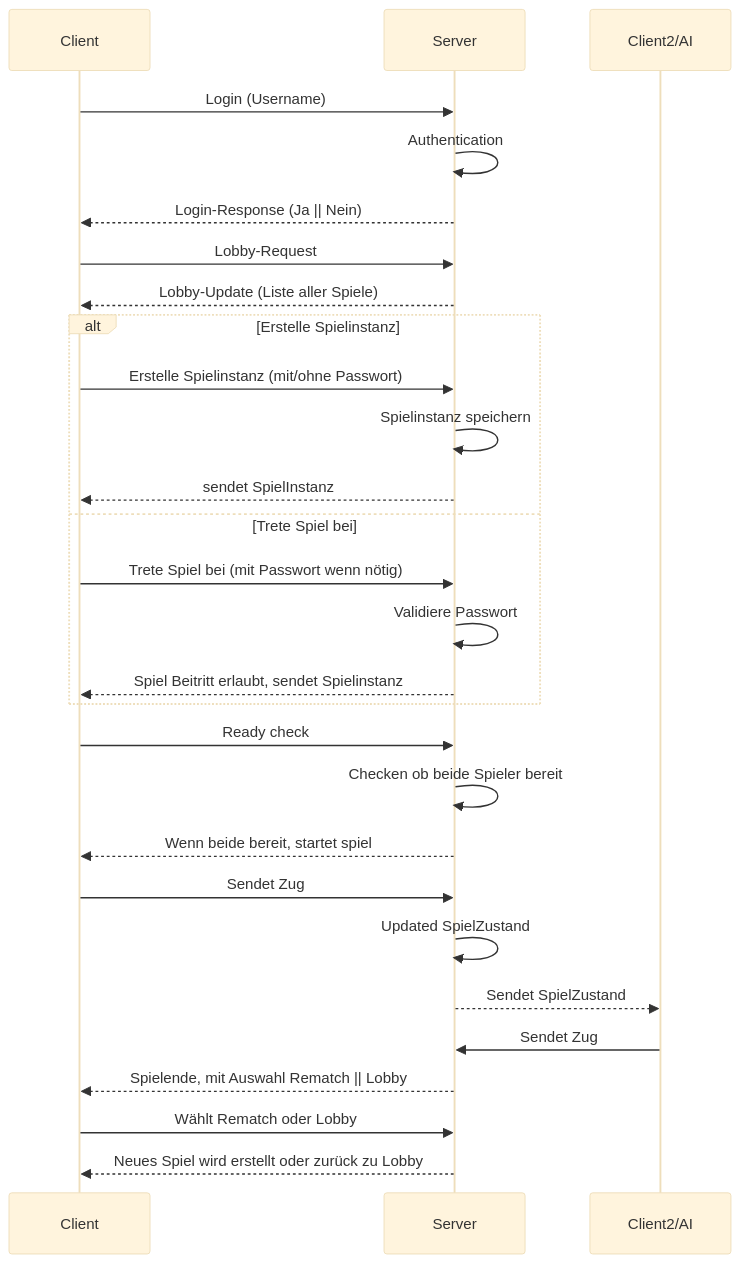
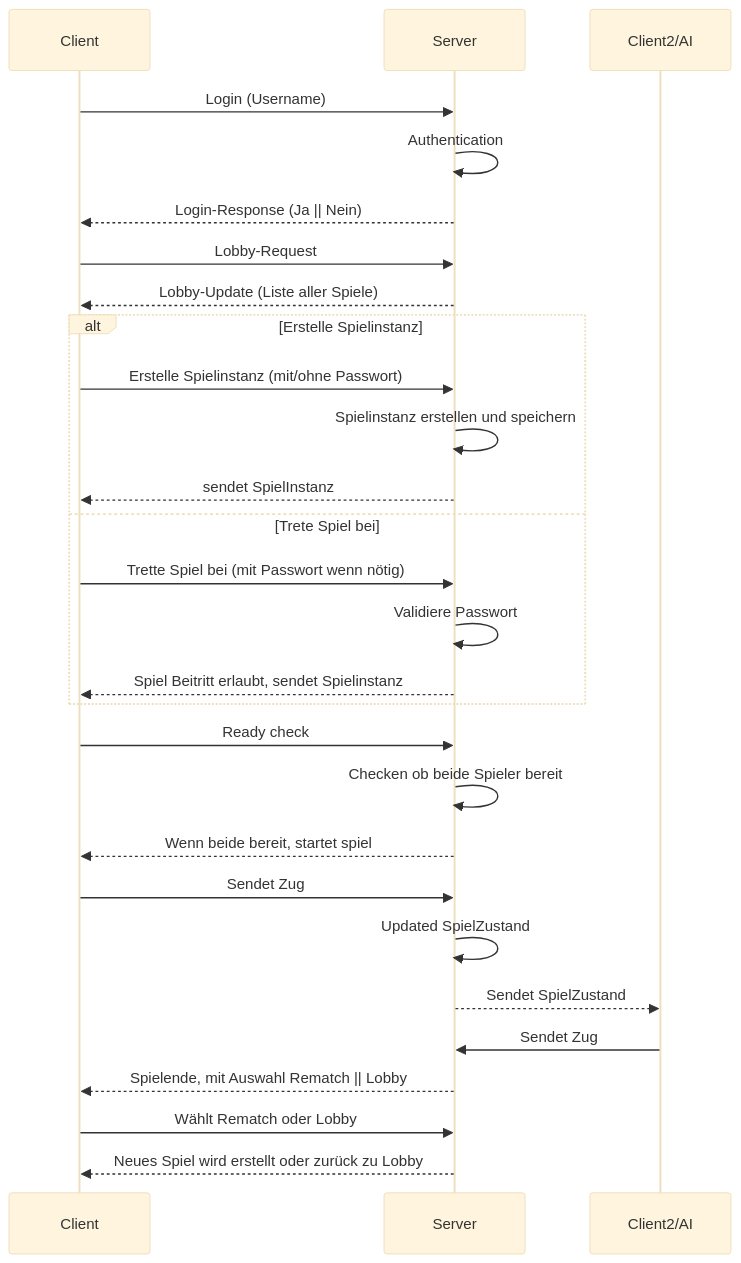
One commit to zabooz/BattleShips changed the diagram in docs/clientServerInteraction.md. Above: the diagram before and after it, drawn with Mermaid (base theme).

Commit message:
spelling

````diff
--- a/docs/clientServerInteraction.md
+++ b/docs/clientServerInteraction.md
@@ -2,33 +2,33 @@
 ```mermaid
 sequenceDiagram
     Client->>Server: Login (Username)
     Server->>Server: Authentication
     Server -->>Client: Login-Response (Ja || Nein)
 
     Client->>Server: Lobby-Request
     Server-->>Client: Lobby-Update (Liste aller Spiele)
 
     alt Erstelle Spielinstanz
         Client->>Server: Erstelle Spielinstanz (mit/ohne Passwort)
-        Server->>Server: Spielinstanz speichern
+        Server->>Server: Spielinstanz erstellen und speichern
         Server-->>Client: sendet SpielInstanz
     else Trete Spiel bei
-        Client->>Server: Trete Spiel bei (mit Passwort wenn nötig)
+        Client->>Server: Trette Spiel bei (mit Passwort wenn nötig)
         Server->>Server: Validiere Passwort
         Server-->>Client: Spiel Beitritt erlaubt, sendet Spielinstanz
     end
 
     Client->>Server: Ready check
     Server->>Server: Checken ob beide Spieler bereit
     Server-->>Client: Wenn beide bereit, startet spiel
 
     Client->>Server: Sendet Zug
     Server->>Server: Updated SpielZustand
     Server-->>Client2/AI: Sendet SpielZustand
     Client2/AI->>Server: Sendet Zug
 
     Server-->>Client: Spielende, mit Auswahl Rematch || Lobby
     Client->>Server: Wählt Rematch oder Lobby
     Server-->>Client: Neues Spiel wird erstellt oder zurück zu Lobby
 
 ```
````
